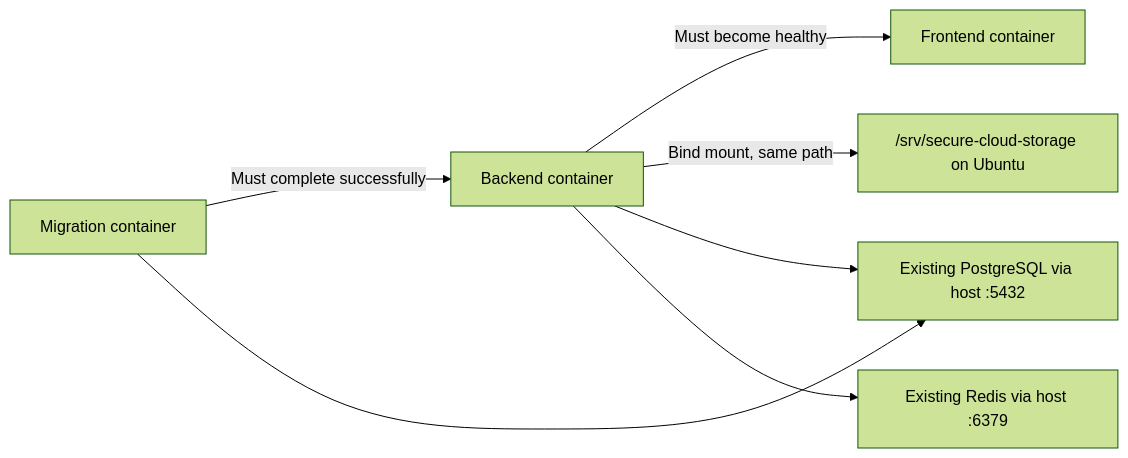
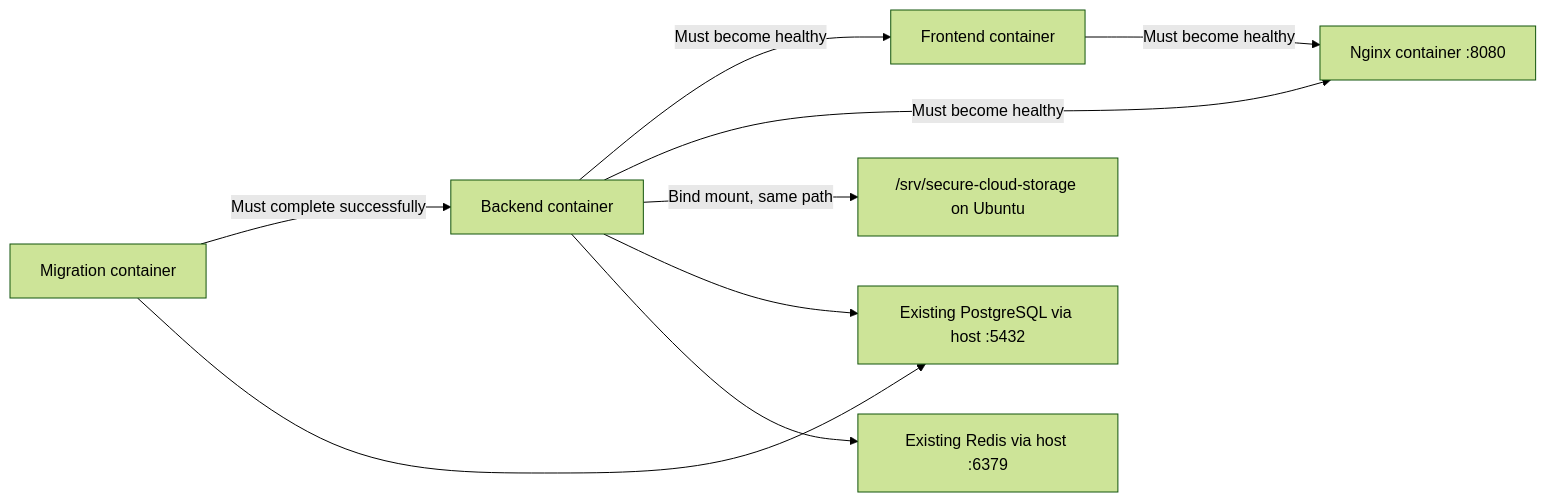
One commit to Aneeb-Kashif2/private-cloud changed the fourth of 5 diagrams in CURRENT_ARCHITECTURE_AND_FLOW.md. Above: the diagram before and after it, drawn with Mermaid (forest theme). The commit also changed other lines of this file and 4 other files, not shown here.

````diff
--- a/CURRENT_ARCHITECTURE_AND_FLOW.md
+++ b/CURRENT_ARCHITECTURE_AND_FLOW.md
@@ -281,9 +300,11 @@
 ```mermaid
 flowchart LR
     M[Migration container] -->|Must complete successfully| A[Backend container]
     A -->|Must become healthy| F[Frontend container]
+    F -->|Must become healthy| N[Nginx container :8080]
+    A -->|Must become healthy| N
     A -->|Bind mount, same path| D["/srv/secure-cloud-storage on Ubuntu"]
     M --> P[Existing PostgreSQL via host :5432]
     A --> P
     A --> R[Existing Redis via host :6379]
 ```
````
